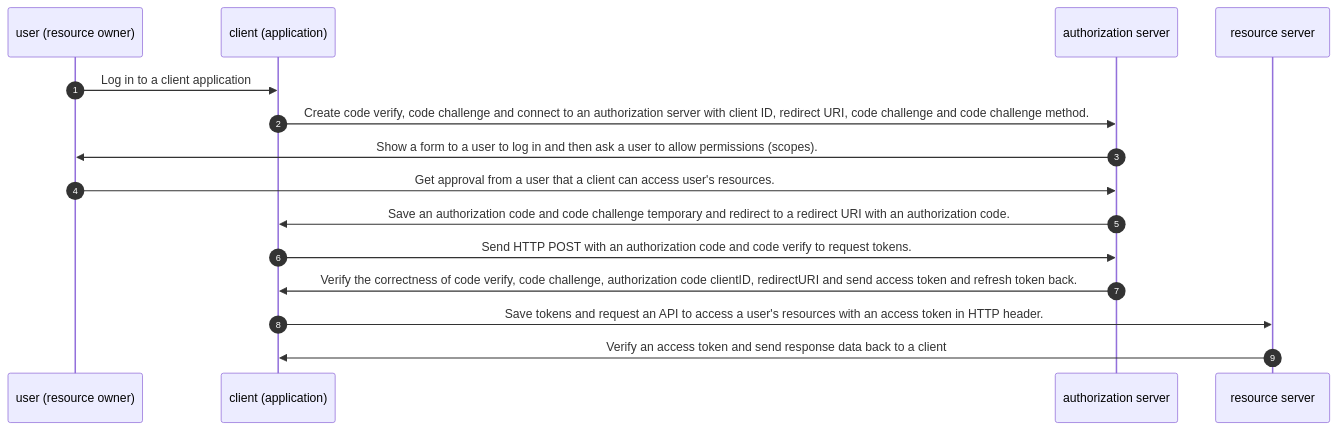
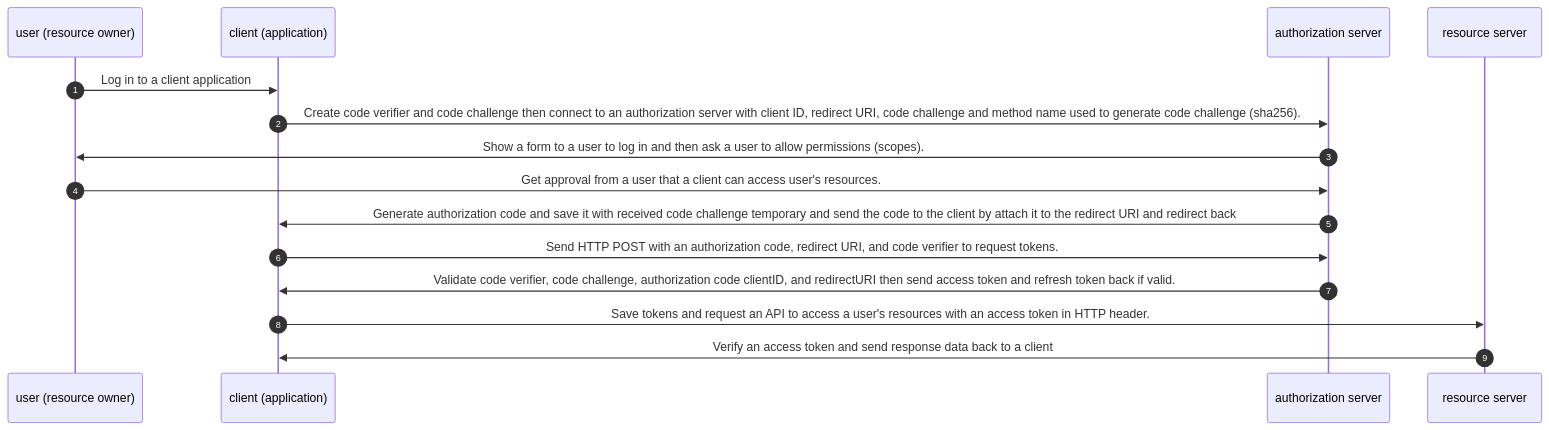
One commit to dotnetthailand/dotnetthailand.github.io changed the tenth of 11 diagrams in content/faq/fundamental/oauth.md. Above: the diagram before and after it, drawn with Mermaid. The commit also changed other lines of this file, not shown here.

````diff
--- a/content/faq/fundamental/oauth.md
+++ b/content/faq/fundamental/oauth.md
@@ -110,19 +215,18 @@
 ```mermaid
 sequenceDiagram
   autonumber
   participant user as user (resource owner)
   participant client as client (application)
   participant authorization_server as authorization server
   participant resource_server as resource server
 
   user ->> client: Log in to a client application
-  client ->> authorization_server: Create code verify, code challenge and connect to an authorization server with client ID, redirect URI, code challenge and code challenge method.
+  client ->> authorization_server: Create code verifier and code challenge then connect to an authorization server with client ID, redirect URI, code challenge and method name used to generate code challenge (sha256).
   authorization_server ->> user: Show a form to a user to log in and then ask a user to allow permissions (scopes).
   user ->> authorization_server: Get approval from a user that a client can access user's resources.
-  authorization_server ->> client: Save an authorization code and code challenge temporary and redirect to a redirect URI with an authorization code.
-  client ->> authorization_server: Send HTTP POST with an authorization code and code verify to request tokens.
-  authorization_server ->> client: Verify the correctness of code verify, code challenge, authorization code clientID, redirectURI and send access token and refresh token back.
+  authorization_server ->> client: Generate authorization code and save it with received code challenge temporary and send the code to the client by attach it to the redirect URI and redirect back
+  client ->> authorization_server: Send HTTP POST with an authorization code, redirect URI, and code verifier to request tokens.
+  authorization_server ->> client: Validate code verifier, code challenge, authorization code clientID, and redirectURI then send access token and refresh token back if valid.
   client ->> resource_server: Save tokens and request an API to access a user's resources with an access token in HTTP header.
   resource_server ->> client: Verify an access token and send response data back to a client
-
 ```
````
